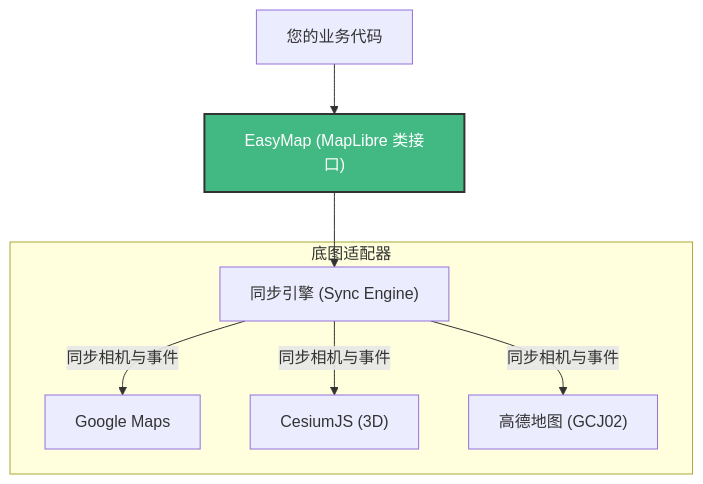
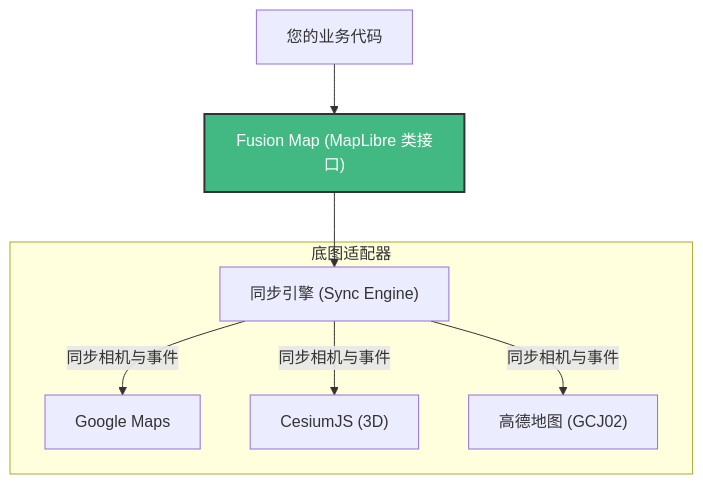
Before and after one commit to txzh007/fusion-map: the diagram in README_zh-CN.md, drawn with Mermaid. The commit also changed other lines of this file and 8 other files, not shown here.

````diff
--- a/README_zh-CN.md
+++ b/README_zh-CN.md
@@ -13,13 +13,13 @@
 ```mermaid
 graph TD
-    User["您的业务代码"] --> MapLibre["EasyMap (MapLibre 类接口)"]
+    User["您的业务代码"] --> MapLibre["Fusion Map (MapLibre 类接口)"]
     MapLibre --> SyncEngine["同步引擎 (Sync Engine)"]
     
     subgraph "底图适配器"
         SyncEngine --> |"同步相机与事件"| Google["Google Maps"]
         SyncEngine --> |"同步相机与事件"| Cesium["CesiumJS (3D)"]
         SyncEngine --> |"同步相机与事件"| Amap["高德地图 (GCJ02)"]
     end
     
     style MapLibre fill:#42b983,stroke:#333,stroke-width:2px,color:#fff
 ```
````
